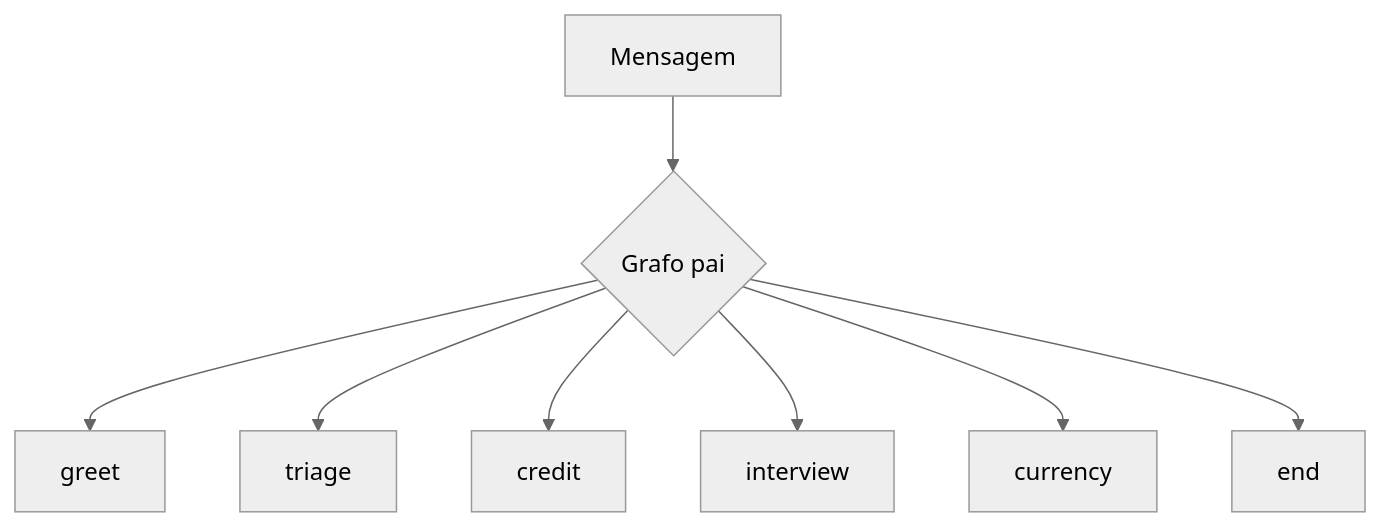
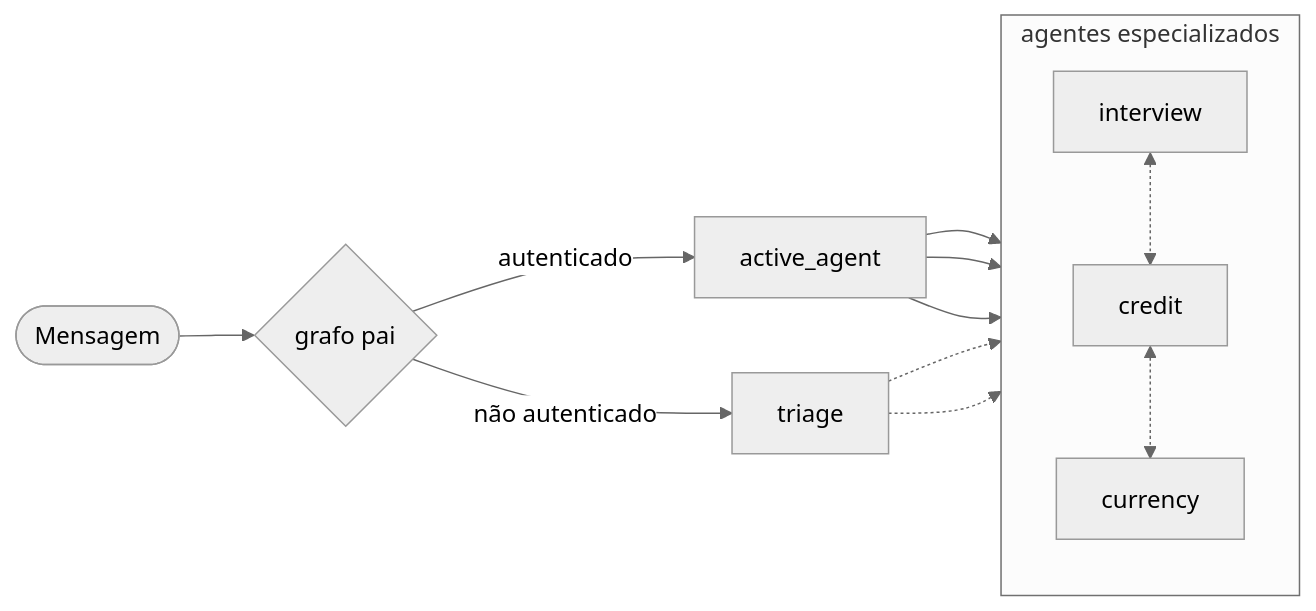
The first of 3 diagrams in README.md (whateverwillian/desafio-tecnico-omie), drawn with Mermaid (neutral theme) before and after one commit. The commit also changed other lines of this file, not shown here.

Commit message:
Atualiza o README.md para incluir novos apêndices sobre a entrada completa e o loop do subgraph, além de melhorias na representação gráfica dos fluxos de atendimento. Ajusta a descrição dos agentes especializados e a lógica de autenticação no diagrama. Melhora a clareza e a legibilidade do conteúdo.

````diff
--- a/README.md
+++ b/README.md
@@ -81,10 +84,21 @@
 ```mermaid
-flowchart TD
-  msg[Mensagem] --> route{Grafo pai}
-  route --> greet[greet]
-  route --> triage[triage]
-  route --> credit[credit]
-  route --> interview[interview]
-  route --> currency[currency]
-  route --> endNode[end]
+flowchart LR
+  msg([Mensagem]) --> pai{grafo pai}
+  pai -->|não autenticado| triage[triage]
+  pai -->|autenticado| ativo[active_agent]
+
+  subgraph esp [agentes especializados]
+    direction TB
+    interview[interview]
+    credit[credit]
+    currency[currency]
+  end
+
+  ativo --> interview
+  ativo --> credit
+  ativo --> currency
+  triage -.-> credit
+  triage -.-> currency
+  interview <-.-> credit
+  credit <-.-> currency
 ```
````
